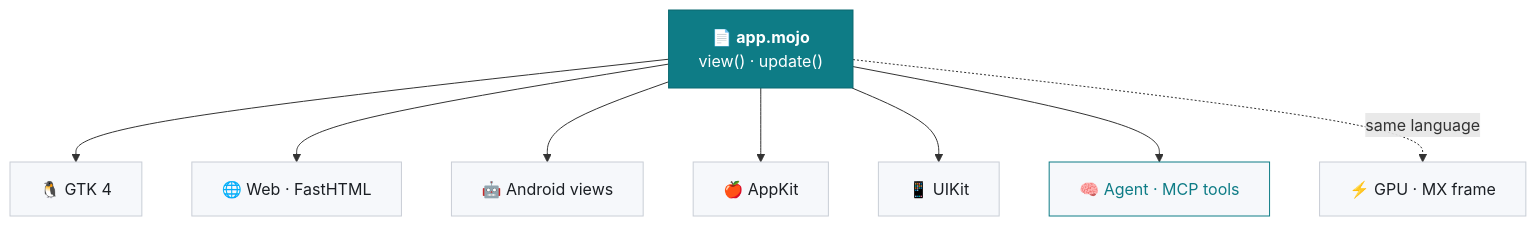
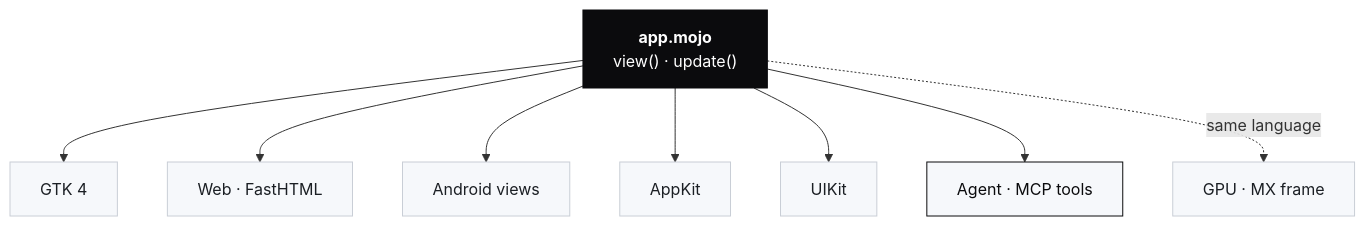
Before and after one commit to abhisheksreesaila/mxapp: the diagram in README.md, drawn with Mermaid. The commit also changed other lines of this file and 14 other files, not shown here.

````diff
--- a/README.md
+++ b/README.md
@@ -112,15 +112,15 @@
 ```mermaid
 flowchart TB
-    A["📄 <b>app.mojo</b><br/>view() · update()"]:::app
-    A --> L["🐧 GTK 4"]:::host
-    A --> W["🌐 Web · FastHTML"]:::host
-    A --> D["🤖 Android views"]:::host
-    A --> M["🍎 AppKit"]:::host
-    A --> I["📱 UIKit"]:::host
-    A --> G["🧠 Agent · MCP tools"]:::agent
-    A -. "same language" .-> K["⚡ GPU · MX frame"]:::gpu
-    classDef app fill:#0e7c86,stroke:#0b6870,color:#ffffff
+    A["<b>app.mojo</b><br/>view() · update()"]:::app
+    A --> L["GTK 4"]:::host
+    A --> W["Web · FastHTML"]:::host
+    A --> D["Android views"]:::host
+    A --> M["AppKit"]:::host
+    A --> I["UIKit"]:::host
+    A --> G["Agent · MCP tools"]:::agent
+    A -. "same language" .-> K["GPU · MX frame"]:::gpu
+    classDef app fill:#0b0b0d,stroke:#0b0b0d,color:#ffffff
     classDef host fill:#f6f8fb,stroke:#c9ced6,color:#1b1f24
-    classDef agent fill:#f6f8fb,stroke:#0e7c86,color:#0e7c86
+    classDef agent fill:#f6f8fb,stroke:#0b0b0d,color:#0b0b0d
     classDef gpu fill:#f6f8fb,stroke:#c9ced6,color:#1b1f24
 ```
````
